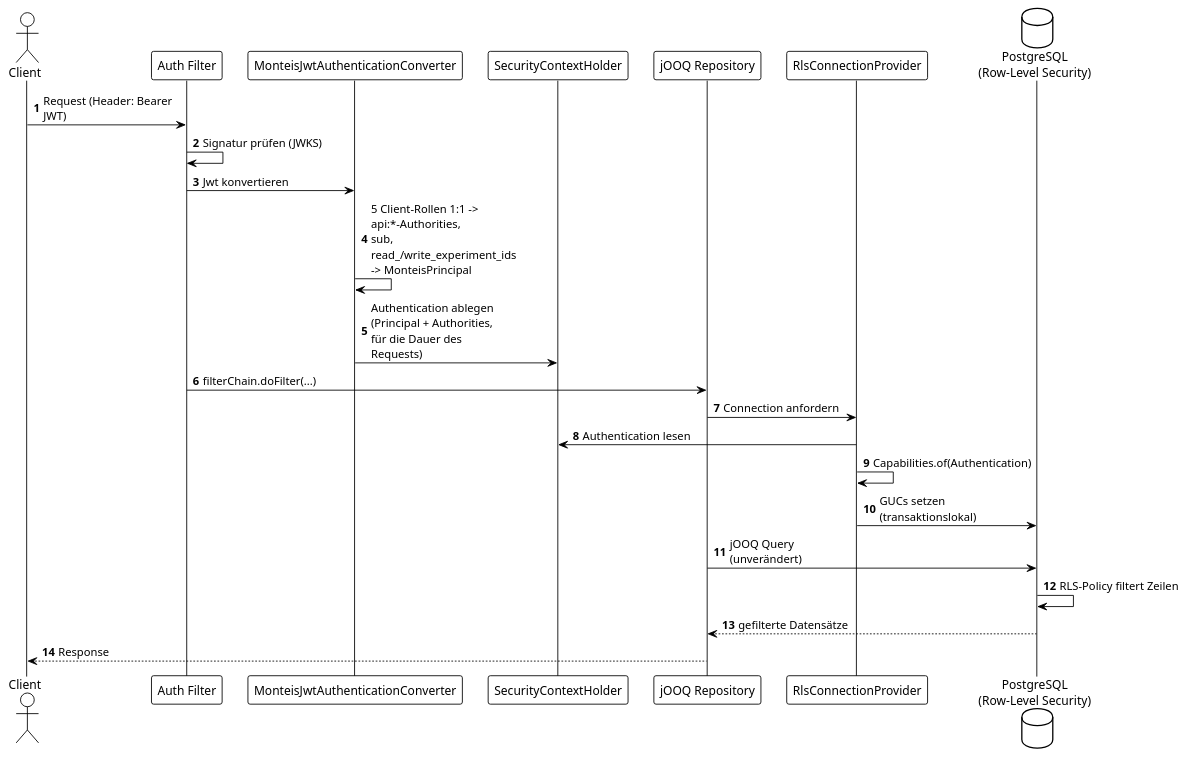
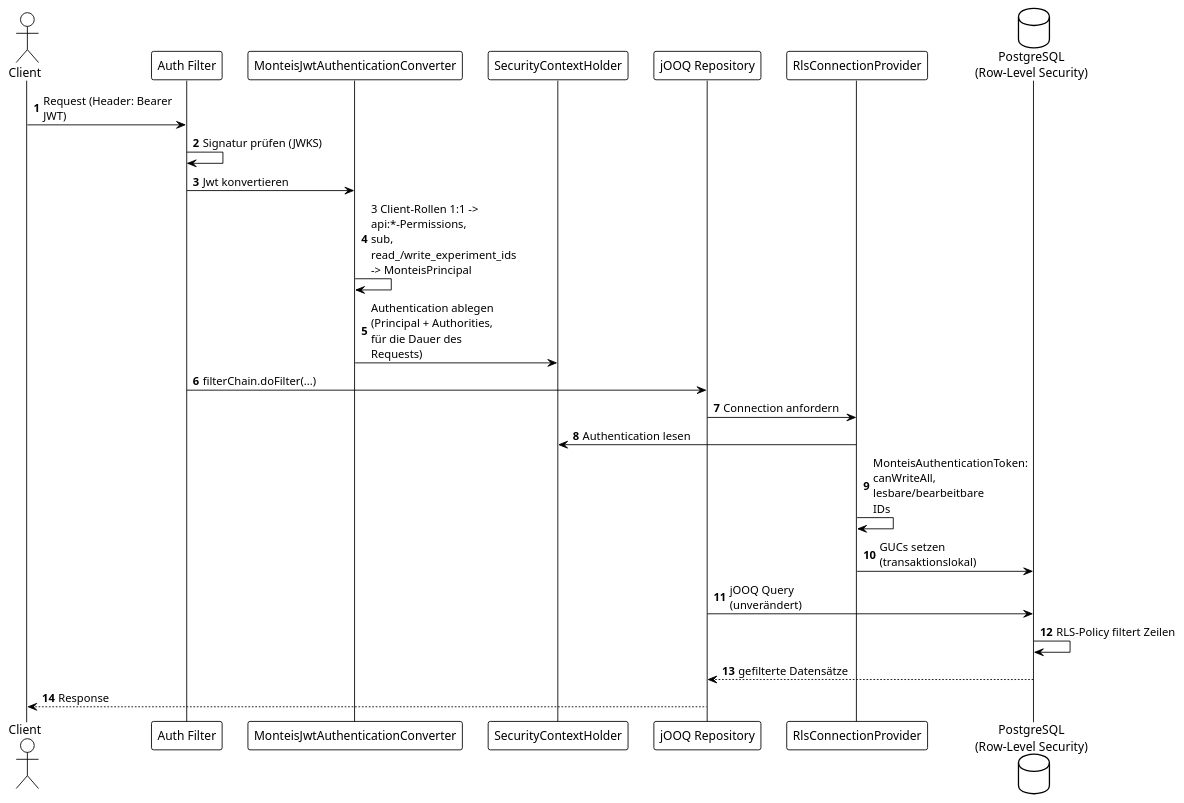
One commit to swisstopo/lg-monteis changed the diagram in documentation/architecture/images/security-context-flow.puml. Above: the diagram before and after it, drawn with PlantUML. The commit also changed 2 other files, not shown here.

Commit message:
docs(MON-196): describe the permission rules on the token in arc42

```diff
--- a/documentation/architecture/images/security-context-flow.puml
+++ b/documentation/architecture/images/security-context-flow.puml
@@ -1,31 +1,31 @@
 @startuml
 !theme plain
 autonumber
 skinparam maxMessageSize 150
 
 actor Client
 participant "Auth Filter" as AuthFilter
 participant "MonteisJwtAuthenticationConverter" as Converter
 participant "SecurityContextHolder" as Holder
 participant "jOOQ Repository" as Repo
 participant "RlsConnectionProvider" as ConnProvider
 database "PostgreSQL\n(Row-Level Security)" as DB
 
 Client -> AuthFilter : Request (Header: Bearer JWT)
 AuthFilter -> AuthFilter : Signatur prüfen (JWKS)
 AuthFilter -> Converter : Jwt konvertieren
 
-Converter -> Converter : 5 Client-Rollen 1:1 -> api:*-Authorities,\nsub, read_/write_experiment_ids -> MonteisPrincipal
+Converter -> Converter : 3 Client-Rollen 1:1 -> api:*-Permissions,\nsub, read_/write_experiment_ids -> MonteisPrincipal
 Converter -> Holder : Authentication ablegen\n(Principal + Authorities, für die Dauer des Requests)
 
 AuthFilter -> Repo : filterChain.doFilter(...)
 Repo -> ConnProvider : Connection anfordern
 ConnProvider -> Holder : Authentication lesen
-ConnProvider -> ConnProvider : Capabilities.of(Authentication)
+ConnProvider -> ConnProvider : MonteisAuthenticationToken:\ncanWriteAll, lesbare/bearbeitbare IDs
 ConnProvider -> DB : GUCs setzen (transaktionslokal)
 Repo -> DB : jOOQ Query (unverändert)
 DB -> DB : RLS-Policy filtert Zeilen
 DB --> Repo : gefilterte Datensätze
 Repo --> Client : Response
 
 @enduml
```
